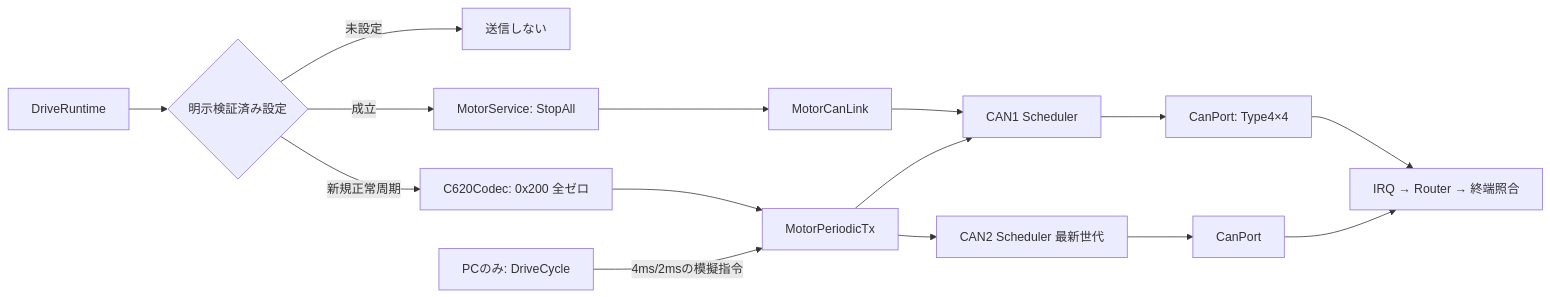
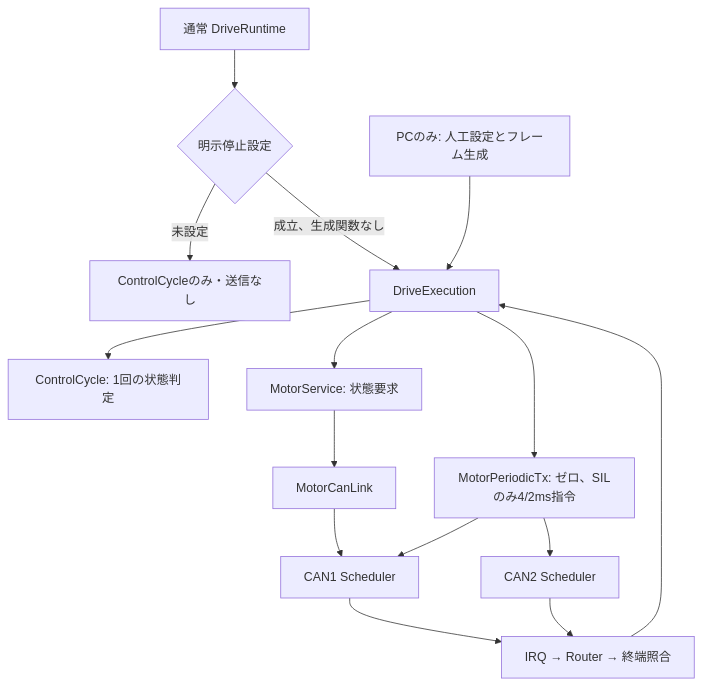
Before and after one commit to kou-pen/balancing: the fifth of 10 diagrams in docs/diagrams.md, drawn with Mermaid. The commit also changed other lines of this file and 20 other files, not shown here.

```diff
--- a/docs/diagrams.md
+++ b/docs/diagrams.md
@@ -92,17 +92,17 @@
 <pre class="mermaid">
-flowchart LR
-    APP["DriveRuntime"] --> CHECK{"明示検証済み設定"}
-    CHECK -->|未設定| OFF["送信しない"]
-    CHECK -->|成立| STOP["MotorService: StopAll"]
+flowchart TB
+    NORMAL["通常 DriveRuntime"] --> CHECK{"明示停止設定"}
+    CHECK -->|未設定| OFF["ControlCycleのみ・送信なし"]
+    CHECK -->|成立、生成関数なし| EXEC["DriveExecution"]
+    SIL["PCのみ: 人工設定とフレーム生成"] --> EXEC
+    EXEC --> CYCLE["ControlCycle: 1回の状態判定"]
+    EXEC --> STOP["MotorService: 状態要求"]
     STOP --> LINK["MotorCanLink"]
+    EXEC --> TX["MotorPeriodicTx: ゼロ、SILのみ4/2ms指令"]
     LINK --> S1["CAN1 Scheduler"]
-    S1 --> P1["CanPort: Type4×4"]
-    CHECK -->|新規正常周期| ZERO["C620Codec: 0x200 全ゼロ"]
-    ZERO --> TX["MotorPeriodicTx"]
-    SIL["PCのみ: DriveCycle"] -->|4ms/2msの模擬指令| TX
     TX --> S1
-    TX --> S2["CAN2 Scheduler 最新世代"]
-    S2 --> P2["CanPort"]
-    P1 --> ACK["IRQ → Router → 終端照合"]
-    P2 --> ACK
+    TX --> S2["CAN2 Scheduler"]
+    S1 --> ACK["IRQ → Router → 終端照合"]
+    S2 --> ACK
+    ACK --> EXEC
 </pre>
```
